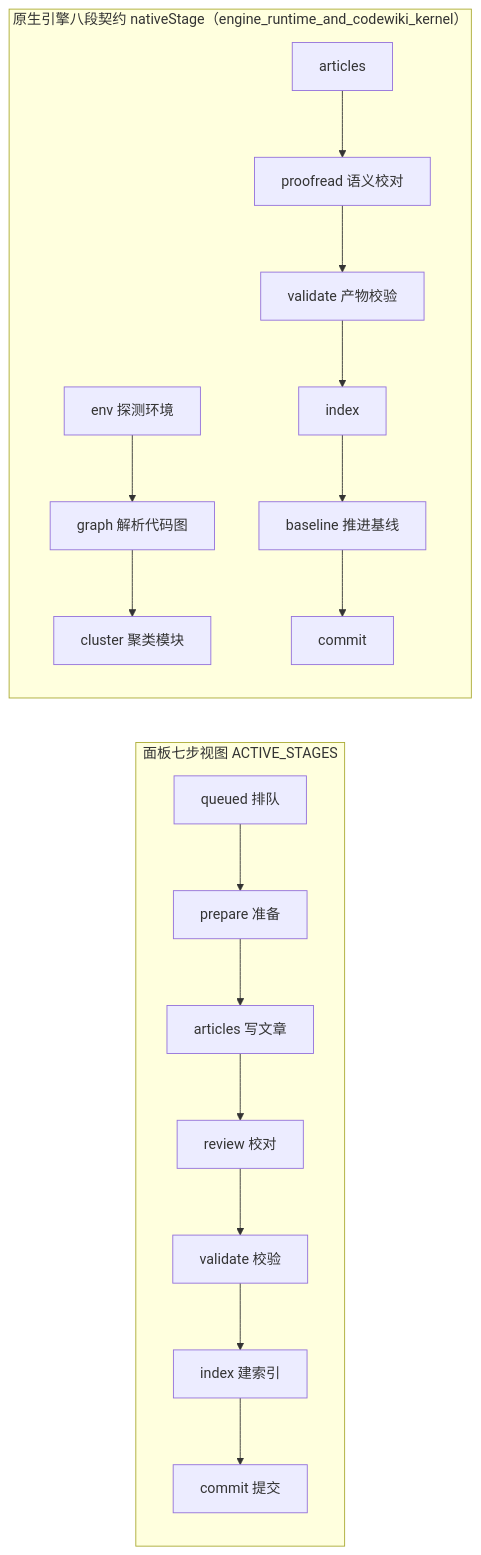
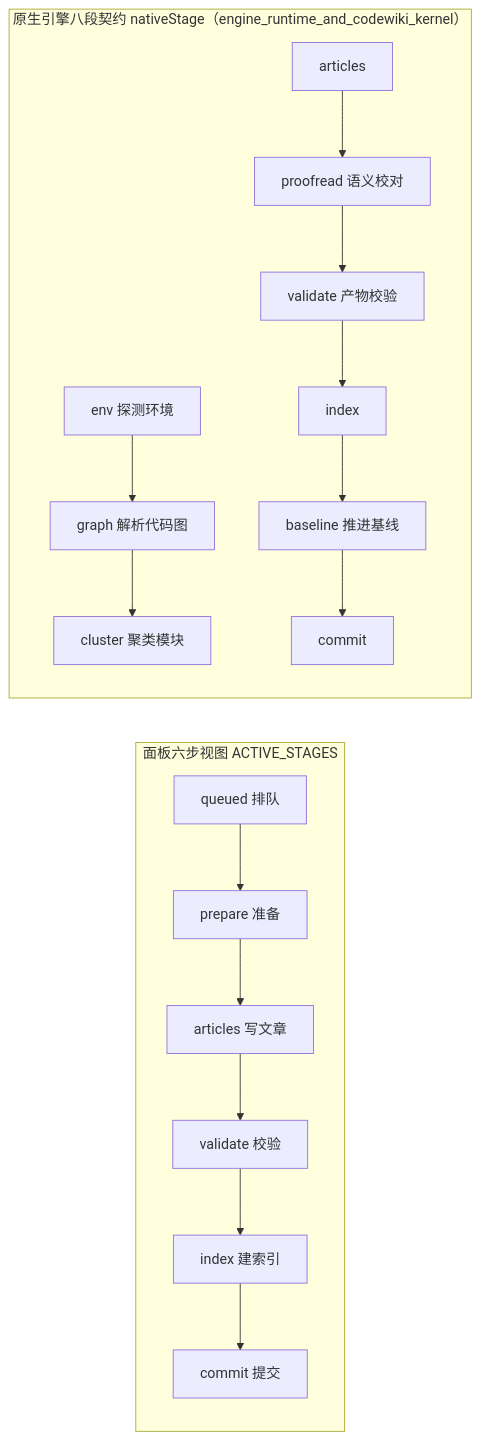
Before and after one commit to ikliml666/dsh-codewiki: the fourth of 5 diagrams in .codewiki/_native-state/docs/client_panel_ui.md, drawn with Mermaid. The commit also changed other lines of this file and 7 other files, not shown here.

````diff
--- a/.codewiki/_native-state/docs/client_panel_ui.md
+++ b/.codewiki/_native-state/docs/client_panel_ui.md
@@ -162,10 +162,10 @@
 ```mermaid
 flowchart LR
-  subgraph Seven["面板七步视图 ACTIVE_STAGES"]
-    S0["queued 排队"] --> S1["prepare 准备"] --> S2["articles 写文章"] --> S3["review 校对"] --> S4["validate 校验"] --> S5["index 建索引"] --> S6["commit 提交"]
+  subgraph Six["面板六步视图 ACTIVE_STAGES"]
+    S0["queued 排队"] --> S1["prepare 准备"] --> S2["articles 写文章"] --> S3["validate 校验"] --> S4["index 建索引"] --> S5["commit 提交"]
   end
   subgraph Eight["原生引擎八段契约 nativeStage（engine_runtime_and_codewiki_kernel）"]
     E0["env 探测环境"] --> E1["graph 解析代码图"] --> E2["cluster 聚类模块"]
     E3["articles"] --> E4["proofread 语义校对"] --> E5["validate 产物校验"] --> E6["index"] --> E7["baseline 推进基线"] --> E8["commit"]
   end
 ```
````
